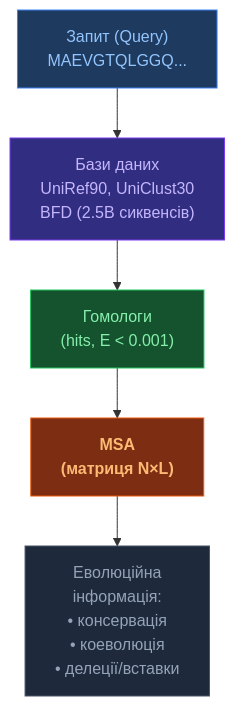
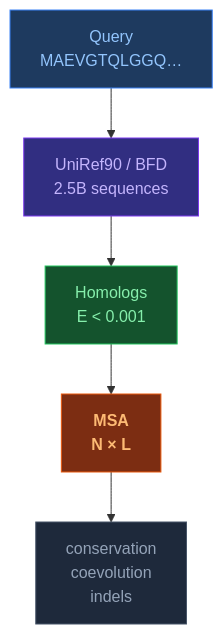
The first of 2 diagrams in UA/2. Концепції/2.3. Структурна-Біоінформатика/2.3.4. MSA.md (OlehVolkov/AlphaFold3-AIGen-KnowledgeBase), drawn with Mermaid before and after one commit. The commit also changed other lines of this file and 35 other files, not shown here.

````diff
--- a/UA/2. Концепції/2.3. Структурна-Біоінформатика/2.3.4. MSA.md
+++ b/UA/2. Концепції/2.3. Структурна-Біоінформатика/2.3.4. MSA.md
@@ -17,18 +17,16 @@
 ```mermaid
 flowchart TD
-    QRY["Запит (Query)<br/>MAEVGTQLGGQ..."]:::query
-    DB["Бази даних<br/>UniRef90, UniClust30<br/>BFD (2.5B сиквенсів)"]:::db
-    HITS["Гомологи<br/>(hits, E < 0.001)"]:::hits
-    MSA["MSA<br/>(матриця N×L)"]:::msa
+    QRY["Query<br/>MAEVGTQLGGQ…"]:::query
+    DB["UniRef90 / BFD<br/>2.5B sequences"]:::db
+    HITS["Homologs<br/>E &lt; 0.001"]:::hits
+    MSA["MSA<br/>N × L"]:::msa
+    INFO["conservation<br/>coevolution<br/>indels"]:::info
 
-    QRY --> DB --> HITS --> MSA
-
-    INFO["Еволюційна<br/>інформація:<br/>• консервація<br/>• коеволюція<br/>• делеції/вставки"]:::info
-    MSA --> INFO
+    QRY --> DB --> HITS --> MSA --> INFO
 
     classDef query fill:#1e3a5f,stroke:#3b82f6,color:#93c5fd
     classDef db    fill:#312e81,stroke:#7c3aed,color:#c4b5fd
     classDef hits  fill:#14532d,stroke:#22c55e,color:#86efac
     classDef msa   fill:#7c2d12,stroke:#ea580c,color:#fdba74,font-weight:bold
     classDef info  fill:#1e293b,stroke:#475569,color:#94a3b8
 ```
````
